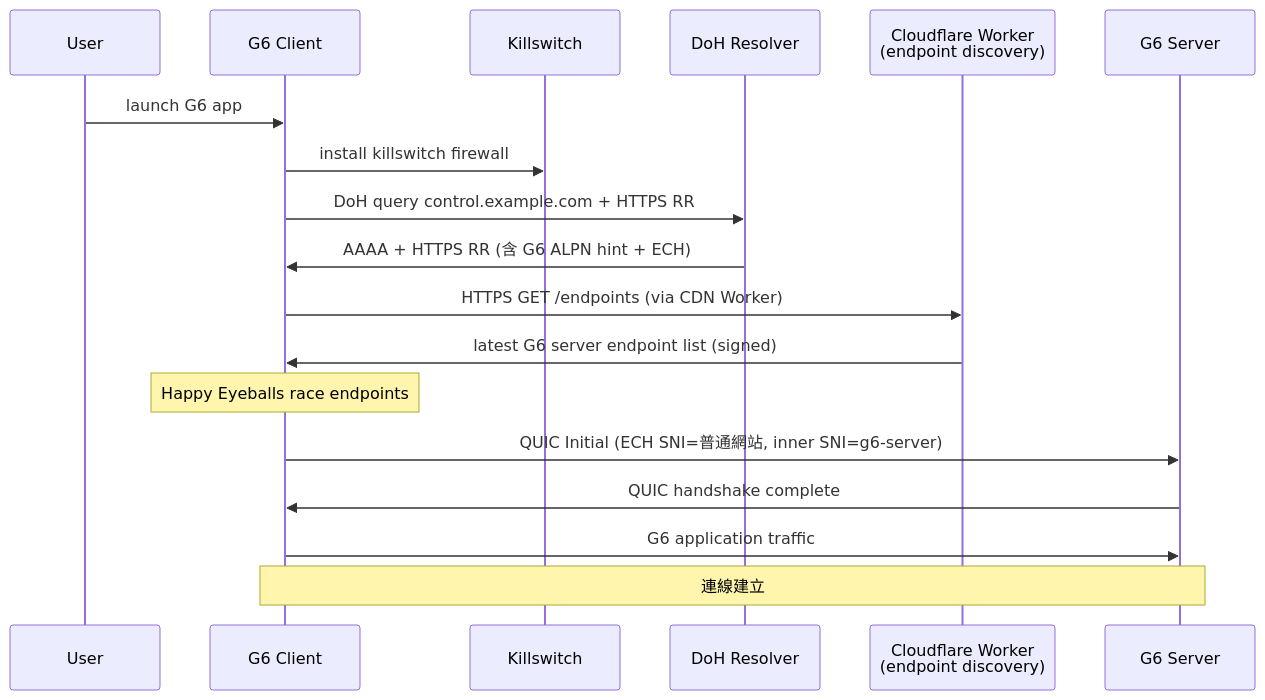
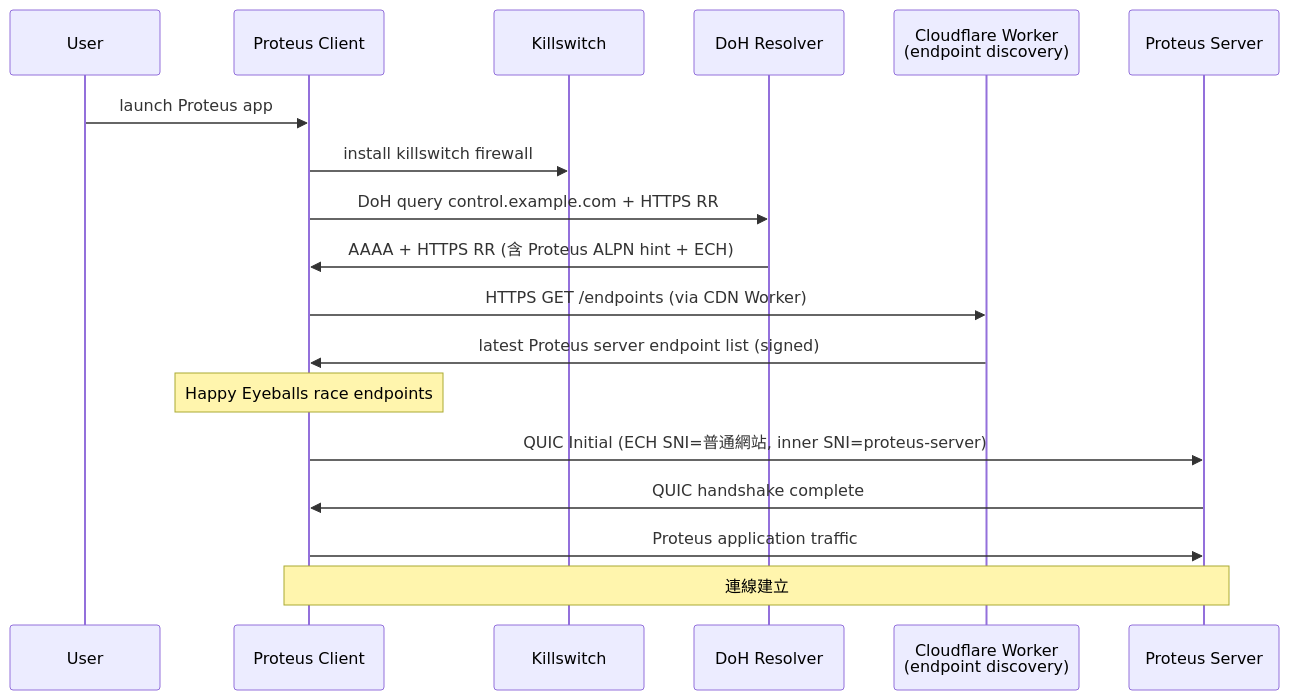
The second of 2 diagrams in lessons/part-1-networking/1.17-google-50ms-walkthrough.md (Icarus603/network-from-scratch), drawn with Mermaid before and after one commit. The commit also changed other lines of this file and 300 other files, not shown here.

````diff
--- a/lessons/part-1-networking/1.17-google-50ms-walkthrough.md
+++ b/lessons/part-1-networking/1.17-google-50ms-walkthrough.md
@@ -361,21 +361,21 @@
 ```mermaid
 sequenceDiagram
     participant U as User
-    participant C as G6 Client
+    participant C as Proteus Client
     participant FW as Killswitch
     participant DOH as DoH Resolver
     participant CDN as Cloudflare Worker<br/>(endpoint discovery)
-    participant S as G6 Server
+    participant S as Proteus Server
 
-    U->>C: launch G6 app
+    U->>C: launch Proteus app
     C->>FW: install killswitch firewall
     C->>DOH: DoH query control.example.com + HTTPS RR
-    DOH->>C: AAAA + HTTPS RR (含 G6 ALPN hint + ECH)
+    DOH->>C: AAAA + HTTPS RR (含 Proteus ALPN hint + ECH)
     C->>CDN: HTTPS GET /endpoints (via CDN Worker)
-    CDN->>C: latest G6 server endpoint list (signed)
+    CDN->>C: latest Proteus server endpoint list (signed)
     Note over C: Happy Eyeballs race endpoints
-    C->>S: QUIC Initial (ECH SNI=普通網站, inner SNI=g6-server)
+    C->>S: QUIC Initial (ECH SNI=普通網站, inner SNI=proteus-server)
     S->>C: QUIC handshake complete
-    C->>S: G6 application traffic
+    C->>S: Proteus application traffic
     Note over C,S: 連線建立
 ```
````
